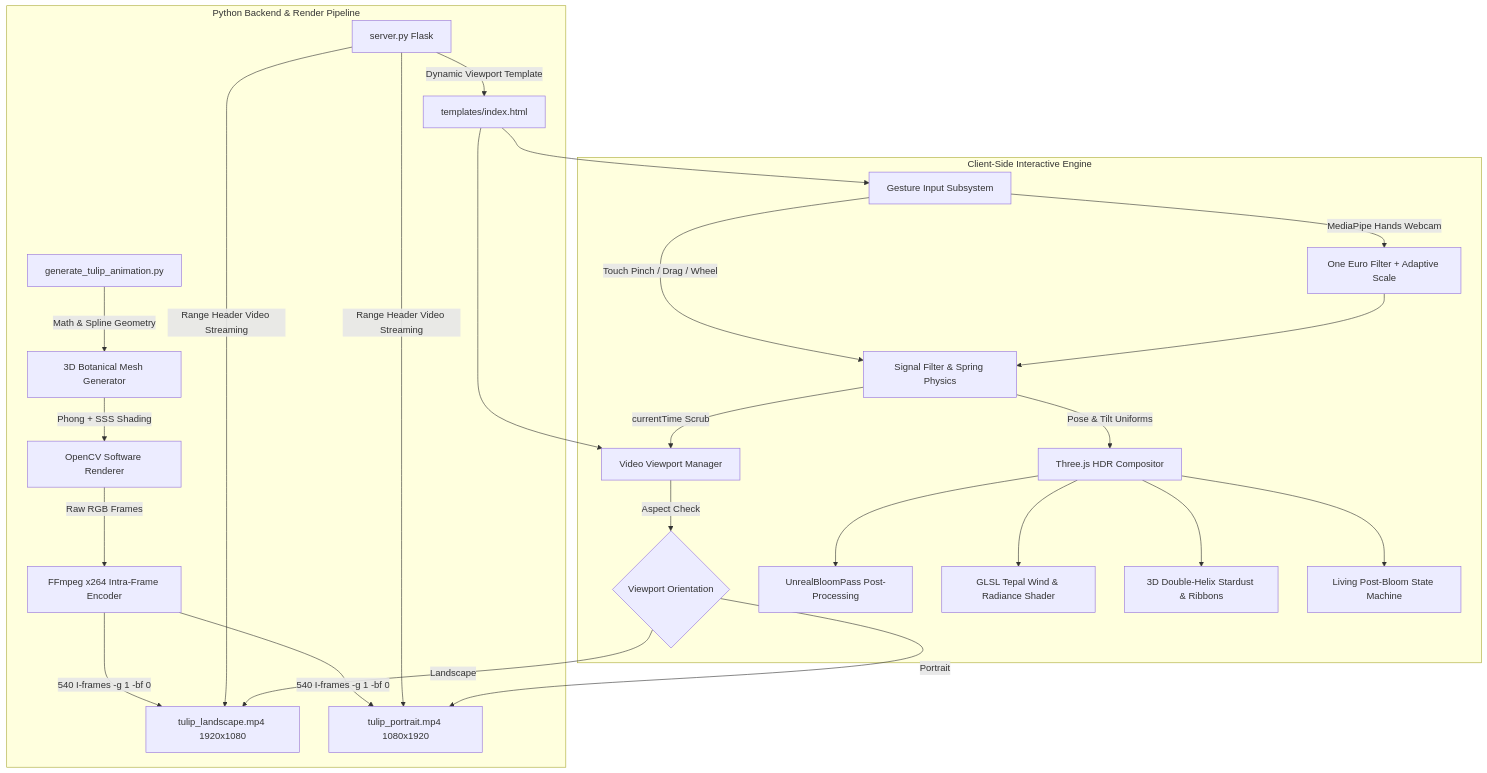
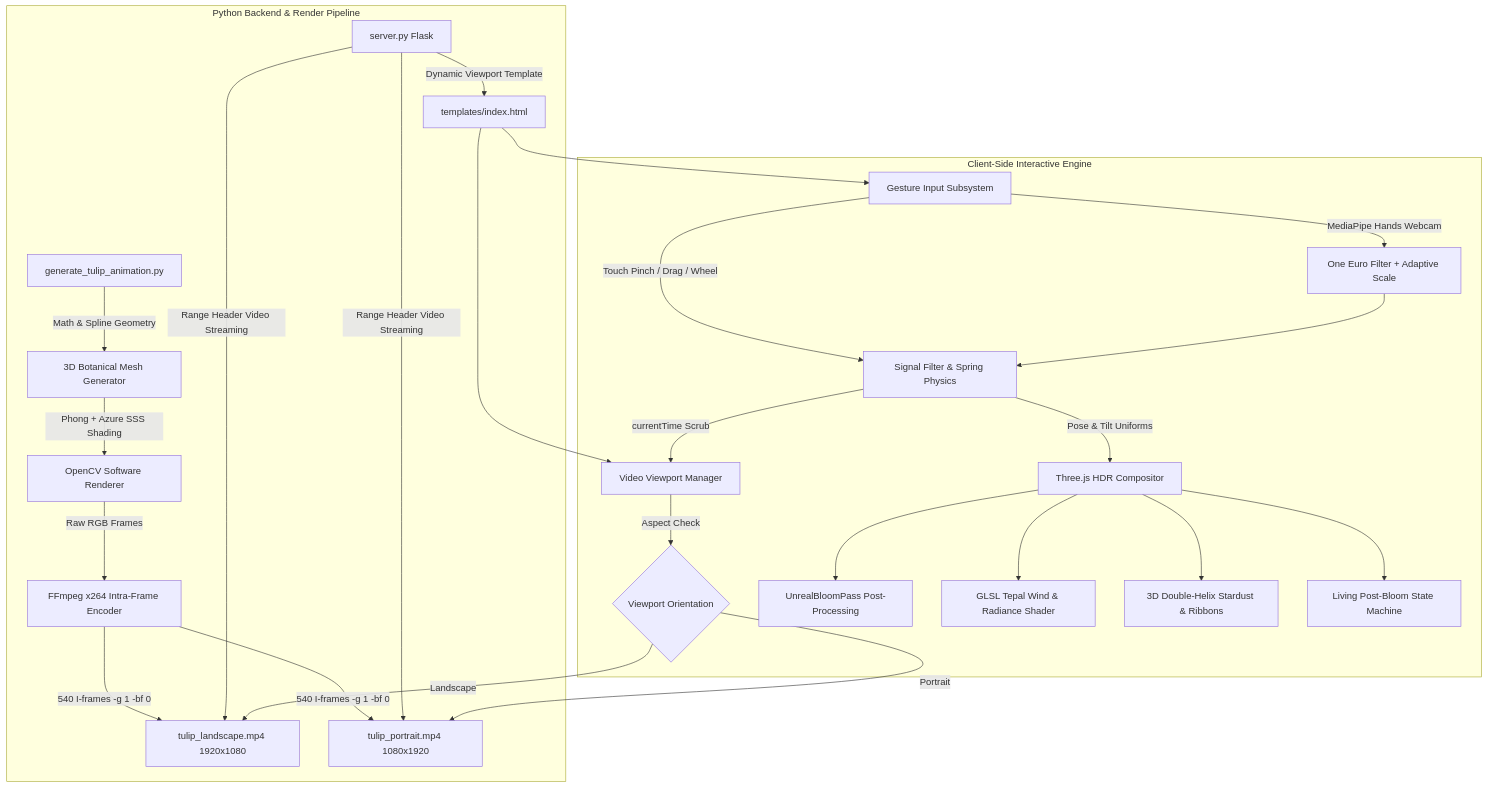
One commit to vishalpandey-alf/flower2_python changed the diagram in prd.md. Above: the diagram before and after it, drawn with Mermaid. The commit also changed other lines of this file and 12 other files, not shown here.

````diff
--- a/prd.md
+++ b/prd.md
@@ -27,30 +30,30 @@
 ```mermaid
 graph TD
     subgraph Python Backend & Render Pipeline
         A[generate_tulip_animation.py] -->|Math & Spline Geometry| B[3D Botanical Mesh Generator]
-        B -->|Phong + SSS Shading| C[OpenCV Software Renderer]
+        B -->|Phong + Azure SSS Shading| C[OpenCV Software Renderer]
         C -->|Raw RGB Frames| D[FFmpeg x264 Intra-Frame Encoder]
         D -->|540 I-frames -g 1 -bf 0| E1[tulip_landscape.mp4 1920x1080]
         D -->|540 I-frames -g 1 -bf 0| E2[tulip_portrait.mp4 1080x1920]
         F[server.py Flask] -->|Range Header Video Streaming| E1
         F -->|Range Header Video Streaming| E2
         F -->|Dynamic Viewport Template| G[templates/index.html]
     end
 
     subgraph Client-Side Interactive Engine
         G --> H[Video Viewport Manager]
         H -->|Aspect Check| I{Viewport Orientation}
         I -->|Landscape| E1
         I -->|Portrait| E2
         G --> J[Gesture Input Subsystem]
         J -->|Touch Pinch / Drag / Wheel| K[Signal Filter & Spring Physics]
         J -->|MediaPipe Hands Webcam| L[One Euro Filter + Adaptive Scale]
         L --> K
         K -->|currentTime Scrub| H
         K -->|Pose & Tilt Uniforms| M[Three.js HDR Compositor]
         M --> N[UnrealBloomPass Post-Processing]
         M --> O[GLSL Tepal Wind & Radiance Shader]
         M --> P[3D Double-Helix Stardust & Ribbons]
         M --> Q[Living Post-Bloom State Machine]
     end
 ```
````
